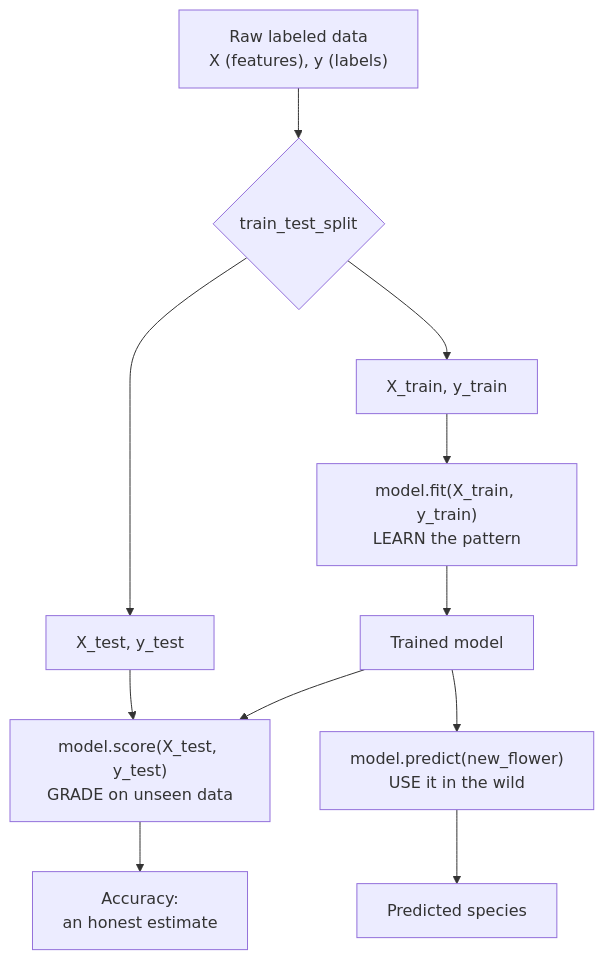
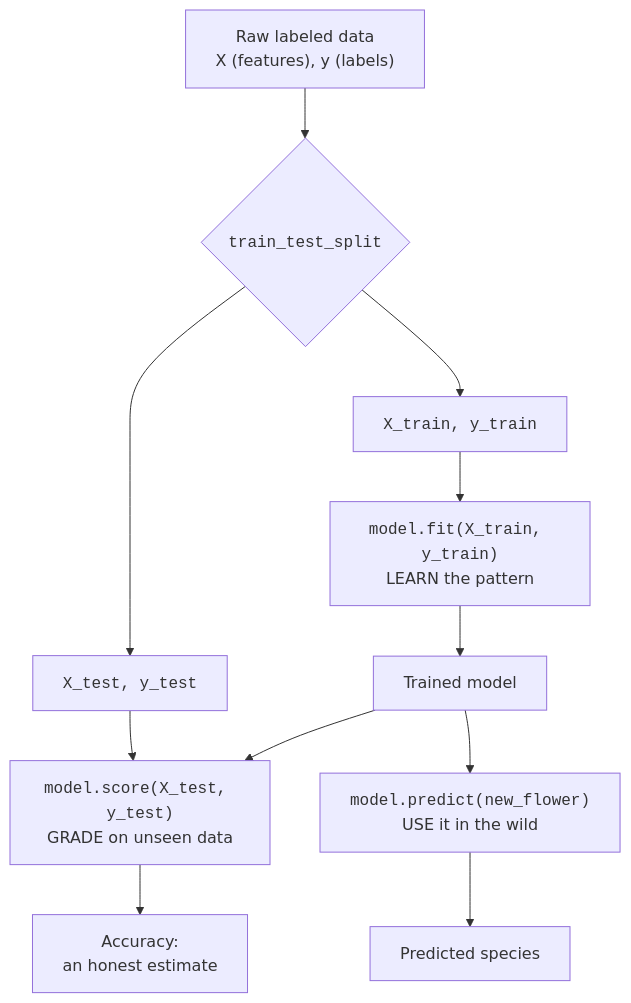
Before and after one commit to dataslope/dataslope: the diagram in content/learn/machine-learning-scikit-learn/your-first-model.mdx, drawn with Mermaid. The commit also changed 218 other files, not shown here.

First line of the commit message:
Render code-only mermaid shapes in monospace; convert step sequences to Steps (#467)

````diff
--- a/content/learn/machine-learning-scikit-learn/your-first-model.mdx
+++ b/content/learn/machine-learning-scikit-learn/your-first-model.mdx
@@ -52,13 +52,13 @@
 ```mermaid
 flowchart TD
-    A["Raw labeled data<br/>X (features), y (labels)"] --> B{"train_test_split"}
-    B --> C["X_train, y_train"]
-    B --> D["X_test, y_test"]
-    C --> E["model.fit(X_train, y_train)<br/>LEARN the pattern"]
+    A["Raw labeled data<br/>X (features), y (labels)"] --> B{"<code>train_test_split</code>"}
+    B --> C["<code>X_train, y_train</code>"]
+    B --> D["<code>X_test, y_test</code>"]
+    C --> E["<code>model.fit(X_train, y_train)</code><br/>LEARN the pattern"]
     E --> F["Trained model"]
-    D --> G["model.score(X_test, y_test)<br/>GRADE on unseen data"]
+    D --> G["<code>model.score(X_test, y_test)</code><br/>GRADE on unseen data"]
     F --> G
     G --> H["Accuracy:<br/>an honest estimate"]
-    F --> I["model.predict(new_flower)<br/>USE it in the wild"]
+    F --> I["<code>model.predict(new_flower)</code><br/>USE it in the wild"]
     I --> J["Predicted species"]
 ```
````
